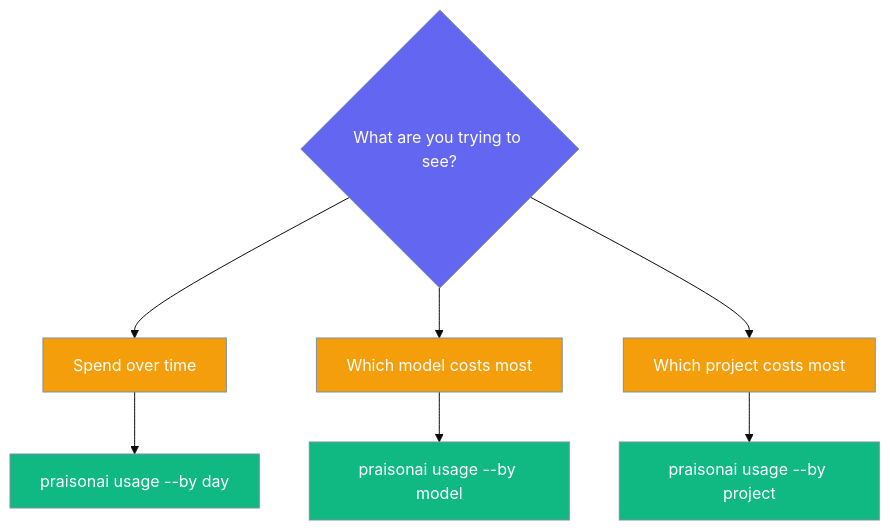
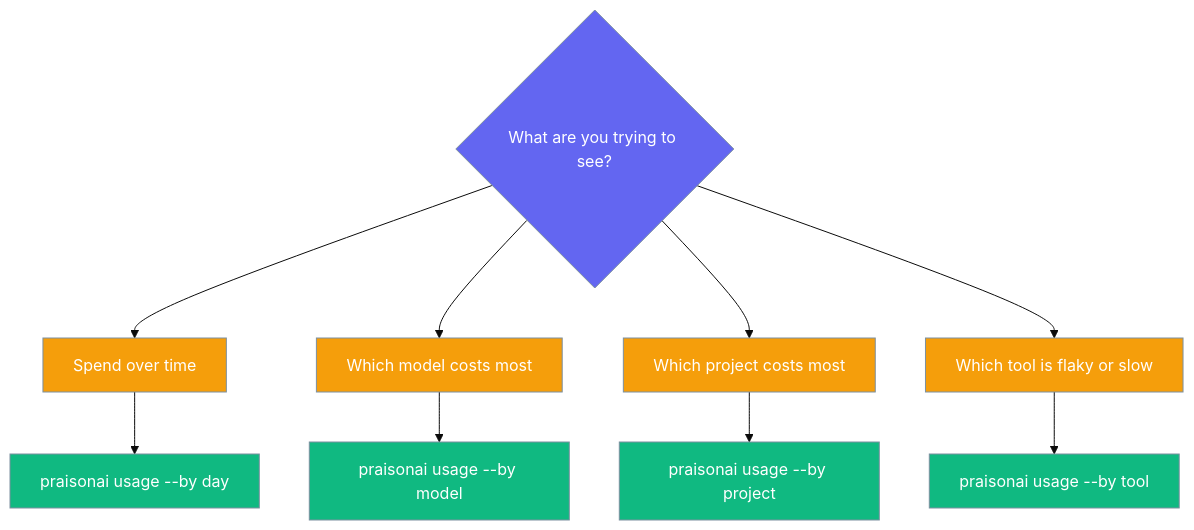
The second of 4 diagrams in docs/cli/usage.mdx (MervinPraison/PraisonAIDocs), drawn with Mermaid (base theme) before and after one commit. The commit also changed other lines of this file and 3 other files, not shown here.

Commit message:
fix: document praisonai usage --by tool grouping (fixes #4876)

````diff
--- a/docs/cli/usage.mdx
+++ b/docs/cli/usage.mdx
@@ -97,18 +104,20 @@
 ```mermaid
 graph TB
     Q{What are you trying to see?} --> D[Spend over time]
     Q --> M[Which model costs most]
     Q --> P[Which project costs most]
+    Q --> T[Which tool is flaky or slow]
 
     D --> DayCmd[praisonai usage --by day]
     M --> ModelCmd[praisonai usage --by model]
     P --> ProjCmd[praisonai usage --by project]
+    T --> ToolCmd[praisonai usage --by tool]
 
     classDef q fill:#6366F1,stroke:#7C90A0,color:#fff
     classDef branch fill:#F59E0B,stroke:#7C90A0,color:#fff
     classDef cmd fill:#10B981,stroke:#7C90A0,color:#fff
 
     class Q q
-    class D,M,P branch
-    class DayCmd,ModelCmd,ProjCmd cmd
+    class D,M,P,T branch
+    class DayCmd,ModelCmd,ProjCmd,ToolCmd cmd
 ```
````
